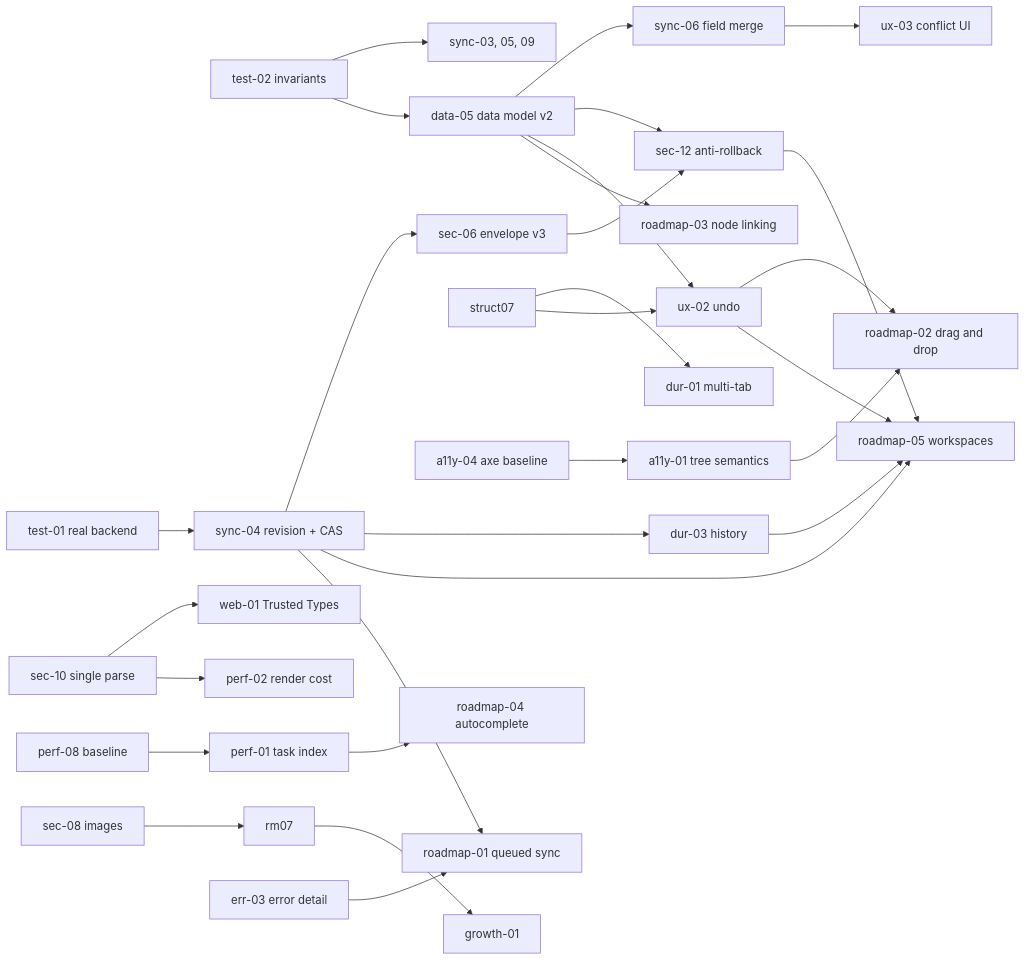
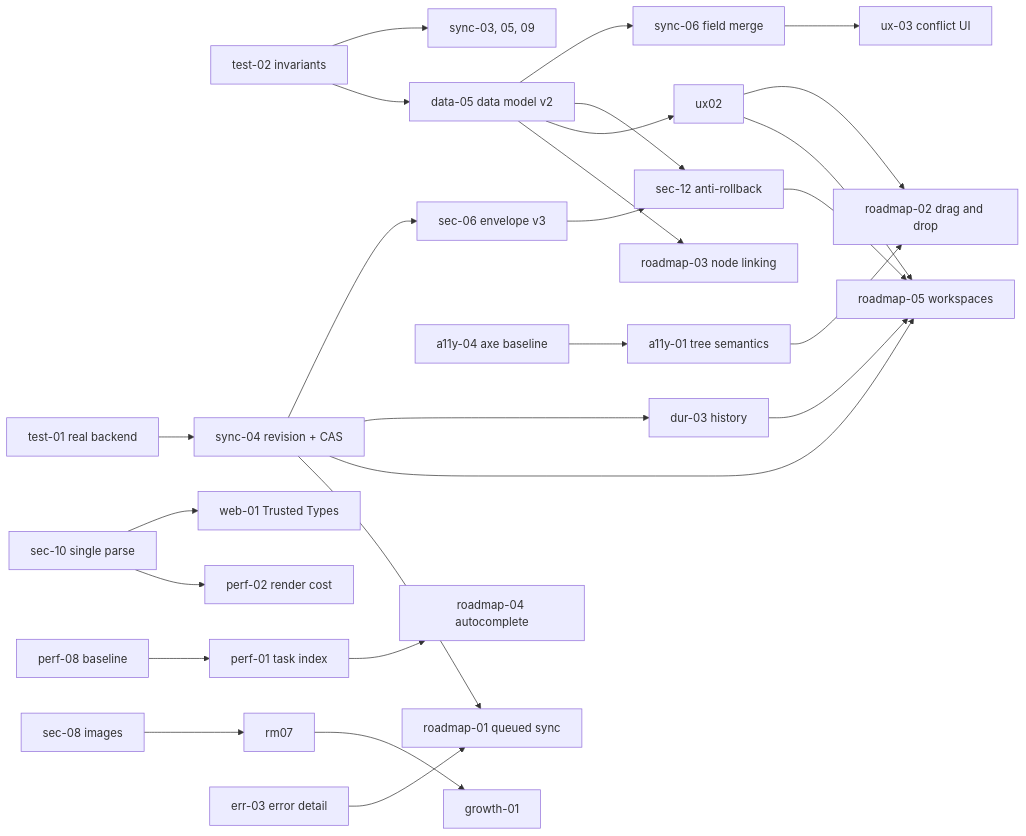
Before and after one commit to pitermarx/Virgulas: the second of 2 diagrams in docs/review/README.md, drawn with Mermaid. The commit also changed other lines of this file and 23 other files, not shown here.

First line of the commit message:
docs(review): true up the roadmap and drop closed items

````diff
--- a/docs/review/README.md
+++ b/docs/review/README.md
@@ -62,32 +62,30 @@
 ```mermaid
 flowchart LR
   test02["test-02 invariants"] --> syncfix["sync-03, 05, 09"]
   test01["test-01 real backend"] --> sync04["sync-04 revision + CAS"]
   sync04 --> sec06["sec-06 envelope v3"]
   sec06 --> sec12["sec-12 anti-rollback"]
   test02 --> data05["data-05 data model v2"]
   data05 --> sync06["sync-06 field merge"]
   sync06 --> ux03["ux-03 conflict UI"]
   data05 --> sec12
   sync04 --> dur03["dur-03 history"]
-  struct07 --> dur01["dur-01 multi-tab"]
-  struct07 --> ux02["ux-02 undo"]
   data05 --> ux02
   sec10["sec-10 single parse"] --> web01["web-01 Trusted Types"]
   sec10 --> perf02["perf-02 render cost"]
   a11y01["a11y-01 tree semantics"]
   a11y04["a11y-04 axe baseline"] --> a11y01
   perf08["perf-08 baseline"] --> perf01["perf-01 task index"]
   perf01 --> rm04["roadmap-04 autocomplete"]
   sec08["sec-08 images"] --> rm07
   ux02 --> rm02["roadmap-02 drag and drop"]
   a11y01 --> rm02
   sync04 --> rm05["roadmap-05 workspaces"]
   sec12 --> rm05
   dur03 --> rm05
   ux02 --> rm05
   sync04 --> rm01["roadmap-01 queued sync"]
   err03["err-03 error detail"] --> rm01
   data05 --> rm03["roadmap-03 node linking"]
   rm07 --> growth["growth-01"]
 ```
````
